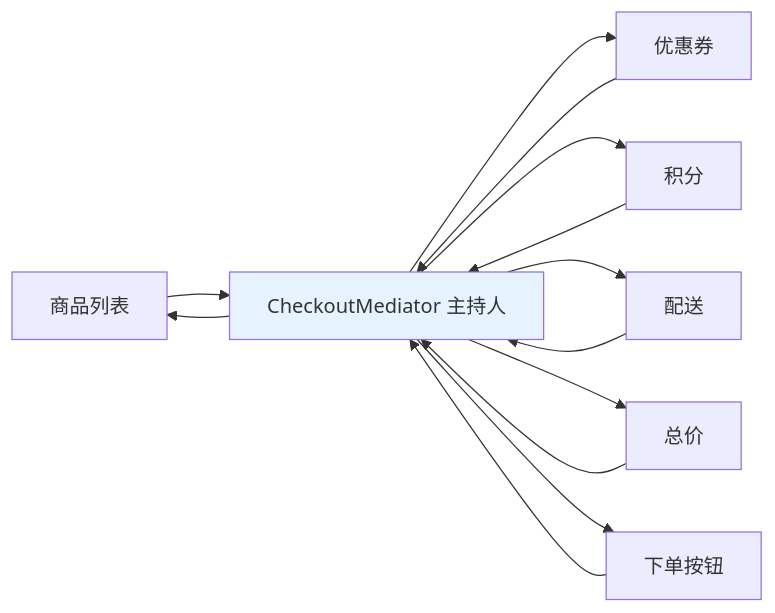
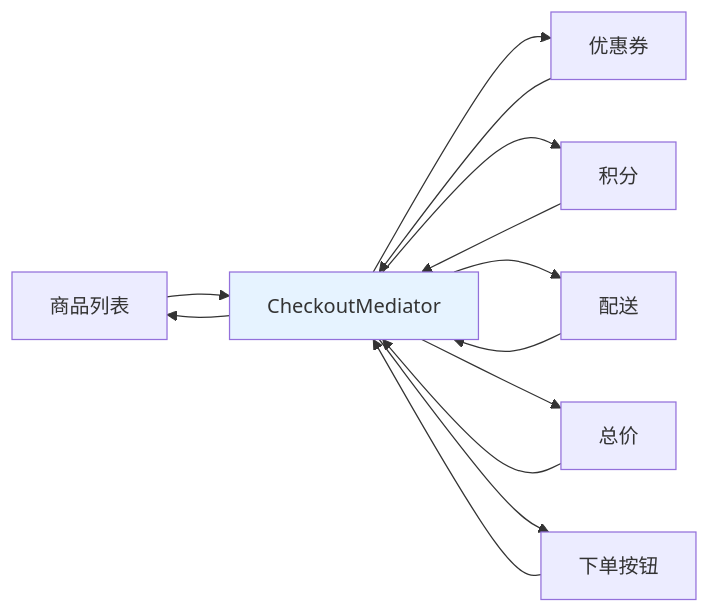
Before and after one commit to chongyang211/YCBookBlog: the second of 6 diagrams in docs/08.编程/03.巧学设计模式/21.中介者模式设计思想.md, drawn with Mermaid. The commit also changed other lines of this file and 13 other files, not shown here.

````diff
--- a/docs/08.编程/03.巧学设计模式/21.中介者模式设计思想.md
+++ b/docs/08.编程/03.巧学设计模式/21.中介者模式设计思想.md
@@ -129,16 +158,16 @@
 ```mermaid
 flowchart LR
-    G[商品列表] --> M[CheckoutMediator 主持人]
+    G[商品列表] --> M[CheckoutMediator]
     C[优惠券] --> M
     P[积分] --> M
     S[配送] --> M
     T[总价] --> M
     B[下单按钮] --> M
     M --> G
     M --> C
     M --> P
     M --> S
     M --> T
     M --> B
     style M fill:#e6f3ff
 ```
````
